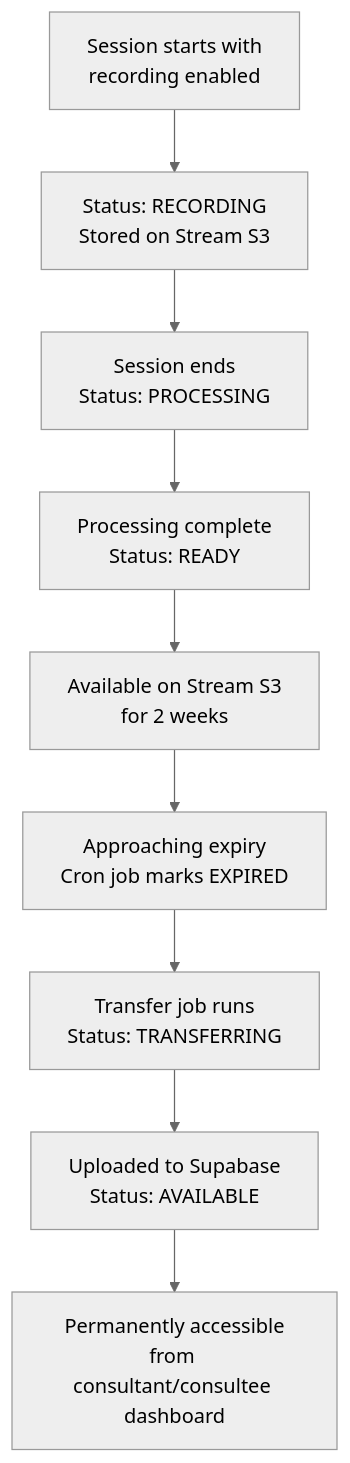
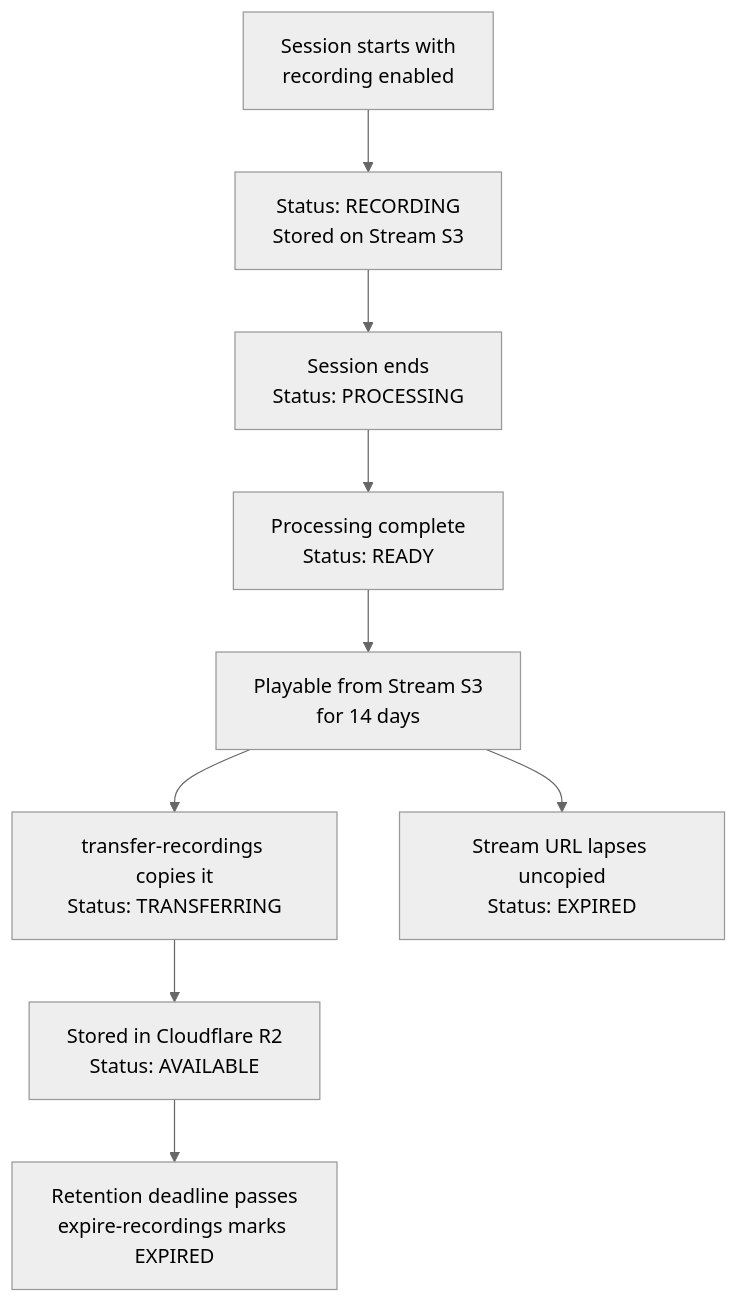
Diagram 20 of 21 in docs/team/platform-testing-playbook.md (Practitionist/familiarise_web), drawn with Mermaid (neutral theme) before and after one commit. The commit also changed other lines of this file and 115 other files, not shown here.

First line of the commit message:
feat(recordings): durable R2 copy pipeline, platform retention, private-by-default access (#2041)

````diff
--- a/docs/team/platform-testing-playbook.md
+++ b/docs/team/platform-testing-playbook.md
@@ -1145,11 +1213,11 @@
 ```mermaid
 graph TD
     A[Session starts with<br/>recording enabled] --> B[Status: RECORDING<br/>Stored on Stream S3]
     B --> C[Session ends<br/>Status: PROCESSING]
     C --> D[Processing complete<br/>Status: READY]
-    D --> E[Available on Stream S3<br/>for 2 weeks]
-    E --> F[Approaching expiry<br/>Cron job marks EXPIRED]
-    F --> G[Transfer job runs<br/>Status: TRANSFERRING]
-    G --> H[Uploaded to Supabase<br/>Status: AVAILABLE]
-    H --> I[Permanently accessible<br/>from consultant/consultee dashboard]
+    D --> E[Playable from Stream S3<br/>for 14 days]
+    E --> G[transfer-recordings copies it<br/>Status: TRANSFERRING]
+    G --> H[Stored in Cloudflare R2<br/>Status: AVAILABLE]
+    E --> X[Stream URL lapses uncopied<br/>Status: EXPIRED]
+    H --> I[Retention deadline passes<br/>expire-recordings marks EXPIRED]
 ```
````
